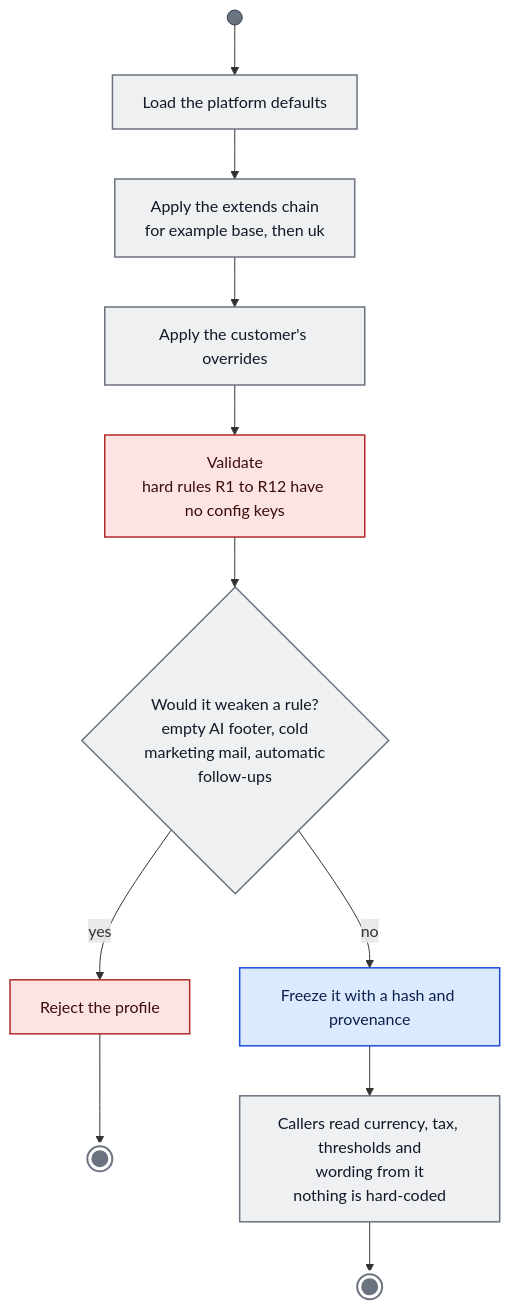
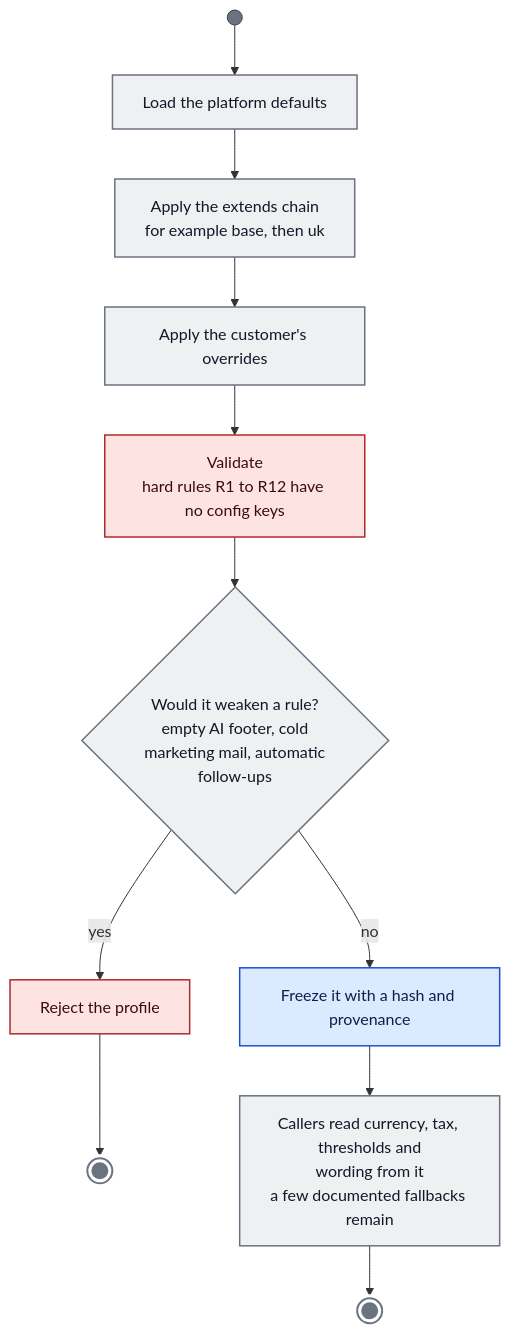
Before and after one commit to emre-akarsu/ai-commerce-ideas: the seventh of 33 diagrams in docs/architecture/activity-diagrams.md, drawn with Mermaid. The commit also changed other lines of this file, not shown here.

First line of the commit message:
docs: correct the activity diagrams after an independent fact-check of the remaining modules and optimizations

````diff
--- a/docs/architecture/activity-diagrams.md
+++ b/docs/architecture/activity-diagrams.md
@@ -243,21 +254,21 @@
 ```mermaid
 flowchart TB
 classDef human fill:#ffe9b3,stroke:#8a5a00,color:#2a1c00,stroke-width:1.5px
 classDef rule fill:#eef0f2,stroke:#6b7280,color:#111827,stroke-width:1.5px
 classDef ai fill:#e9e3ff,stroke:#5b3fc4,color:#1e1050,stroke-width:2.5px,stroke-dasharray:6 4
 classDef opt fill:#d8f3e4,stroke:#1b7a4a,color:#0b2e1b,stroke-width:1.5px
 classDef gate fill:#fde3e1,stroke:#b02b2b,color:#3a0d0d,stroke-width:1.5px
 classDef data fill:#dbeafe,stroke:#1d4ed8,color:#0b1f4d,stroke-width:1.5px
 classDef bar fill:#6b7280,stroke:#374151,color:#ffffff
 classDef fin fill:#6b7280,stroke:#ffffff,color:#ffffff,stroke-width:3px
 S((" ")):::bar --> p1["Load the platform defaults"]:::rule
 p1 --> p2["Apply the extends chain<br/>for example base, then uk"]:::rule
 p2 --> p3["Apply the customer's overrides"]:::rule
 p3 --> p4["Validate<br/>hard rules R1 to R12 have no config keys"]:::gate
 p4 --> d1{"Would it weaken a rule?<br/>empty AI footer, cold<br/>marketing mail, automatic<br/>follow-ups"}:::rule
 d1 -->|"yes"| r1["Reject the profile"]:::gate
 r1 --> E1(((" "))):::fin
 d1 -->|"no"| p5["Freeze it with a hash and provenance"]:::data
-p5 --> p6["Callers read currency, tax, thresholds and<br/>wording from it<br/>nothing is hard-coded"]:::rule
+p5 --> p6["Callers read currency, tax, thresholds and<br/>wording from it<br/>a few documented fallbacks remain"]:::rule
 p6 --> E2(((" "))):::fin
 ```
````
